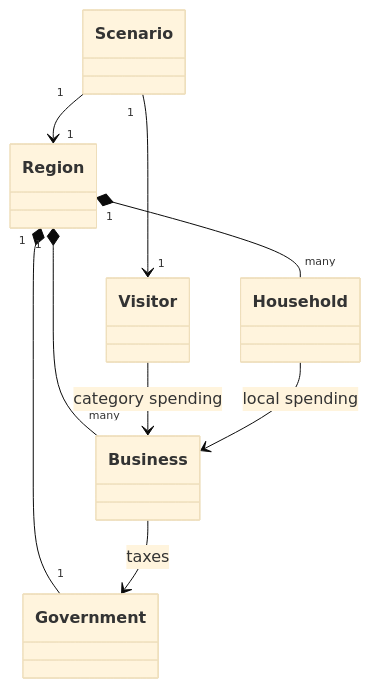
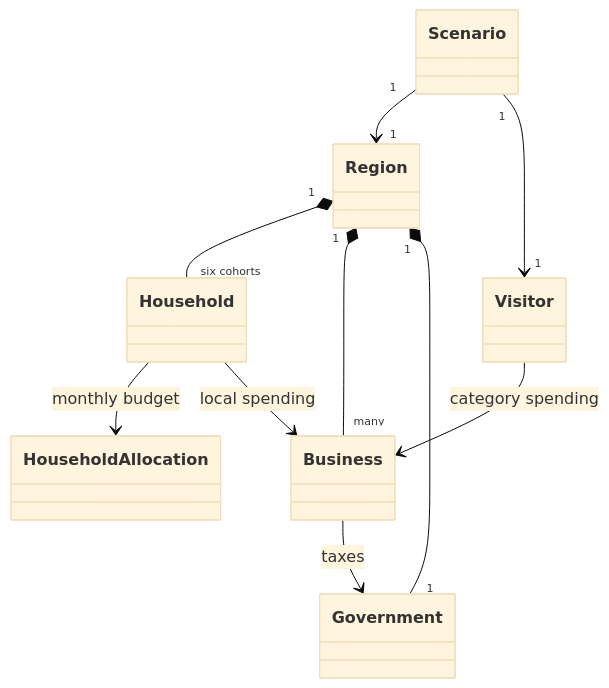
One commit to Garcia-Systems/regional-economy-lab changed the diagram in docs/diagrams/entity-relationships.mmd. Above: the diagram before and after it, drawn with Mermaid (base theme). The commit also changed 33 other files, not shown here.

```diff
--- a/docs/diagrams/entity-relationships.mmd
+++ b/docs/diagrams/entity-relationships.mmd
@@ -1,9 +1,10 @@
 classDiagram
-  Region "1" *-- "many" Household
+  Region "1" *-- "six cohorts" Household
+  Household --> HouseholdAllocation : monthly budget
   Region "1" *-- "many" Business
   Region "1" *-- "1" Government
   Scenario "1" --> "1" Region
   Scenario "1" --> "1" Visitor
   Visitor --> Business : category spending
   Household --> Business : local spending
   Business --> Government : taxes
```
